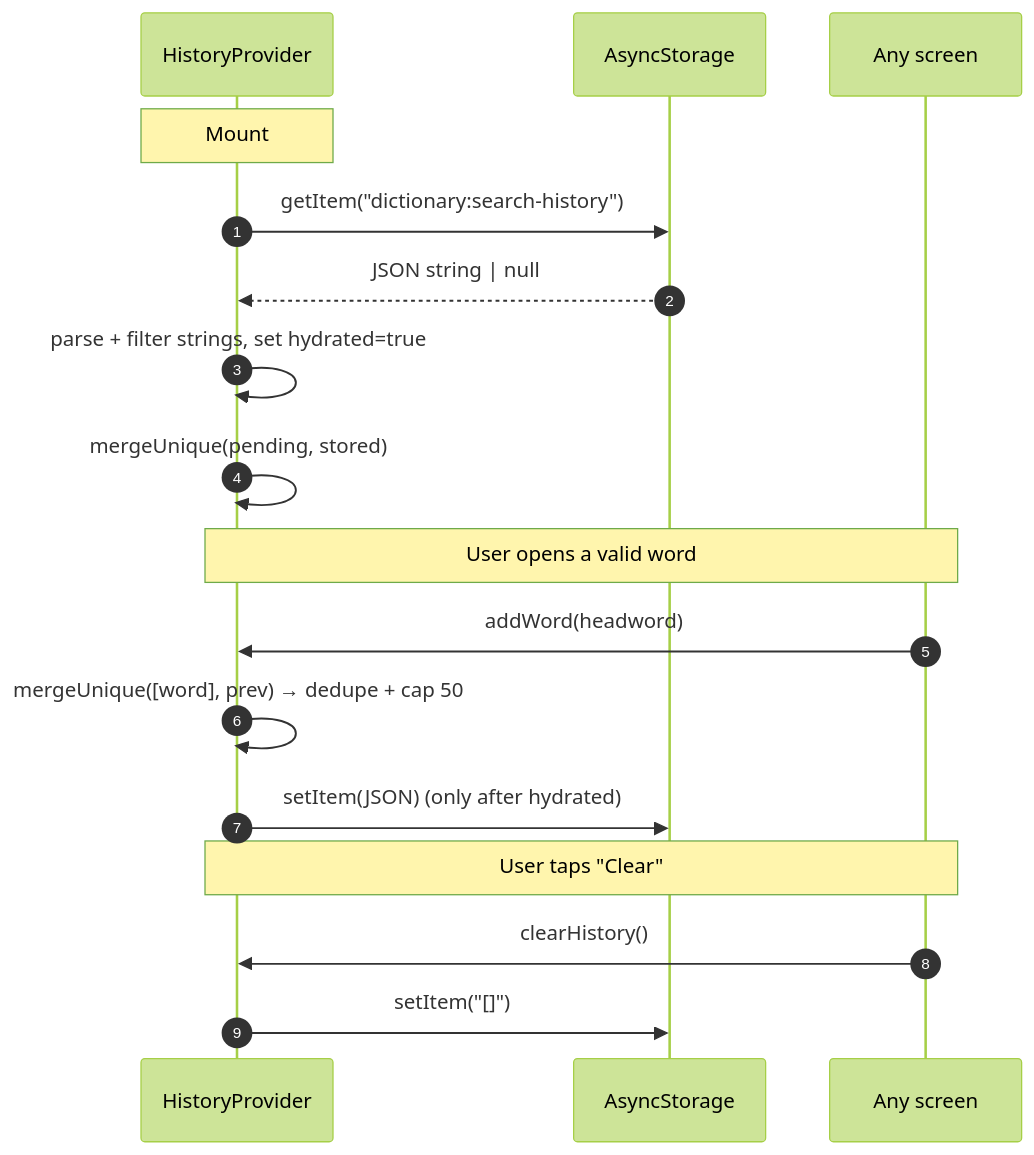
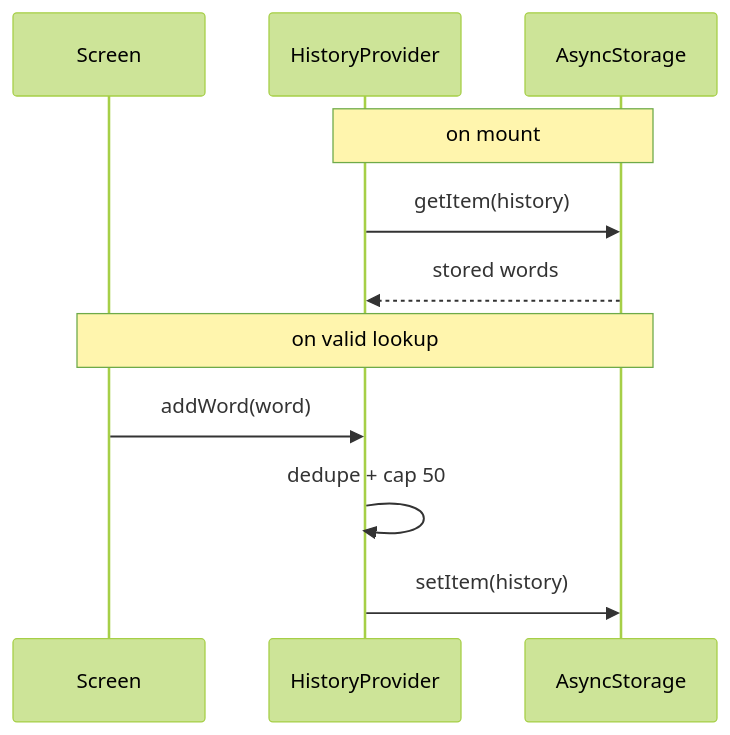
The third of 4 diagrams in docs/data-flow.md (Irere123/expo-template), drawn with Mermaid (forest theme) before and after one commit. The commit also changed other lines of this file and 5 other files, not shown here.

First line of the commit message:
docs: tighten prose and make diagrams Excalidraw-friendly

````diff
--- a/docs/data-flow.md
+++ b/docs/data-flow.md
@@ -81,22 +35,13 @@
 ```mermaid
 sequenceDiagram
-    autonumber
-    participant Provider as HistoryProvider
-    participant Storage as AsyncStorage
-    participant Screen as Any screen
-
-    Note over Provider: Mount
-    Provider->>Storage: getItem("dictionary:search-history")
-    Storage-->>Provider: JSON string | null
-    Provider->>Provider: parse + filter strings, set hydrated=true
-    Provider->>Provider: mergeUnique(pending, stored)
-
-    Note over Screen,Provider: User opens a valid word
-    Screen->>Provider: addWord(headword)
-    Provider->>Provider: mergeUnique([word], prev) → dedupe + cap 50
-    Provider->>Storage: setItem(JSON) (only after hydrated)
-
-    Note over Screen,Provider: User taps "Clear"
-    Screen->>Provider: clearHistory()
-    Provider->>Storage: setItem("[]")
+  participant S as Screen
+  participant P as HistoryProvider
+  participant A as AsyncStorage
+  Note over P,A: on mount
+  P->>A: getItem(history)
+  A-->>P: stored words
+  Note over S,A: on valid lookup
+  S->>P: addWord(word)
+  P->>P: dedupe + cap 50
+  P->>A: setItem(history)
 ```
````
